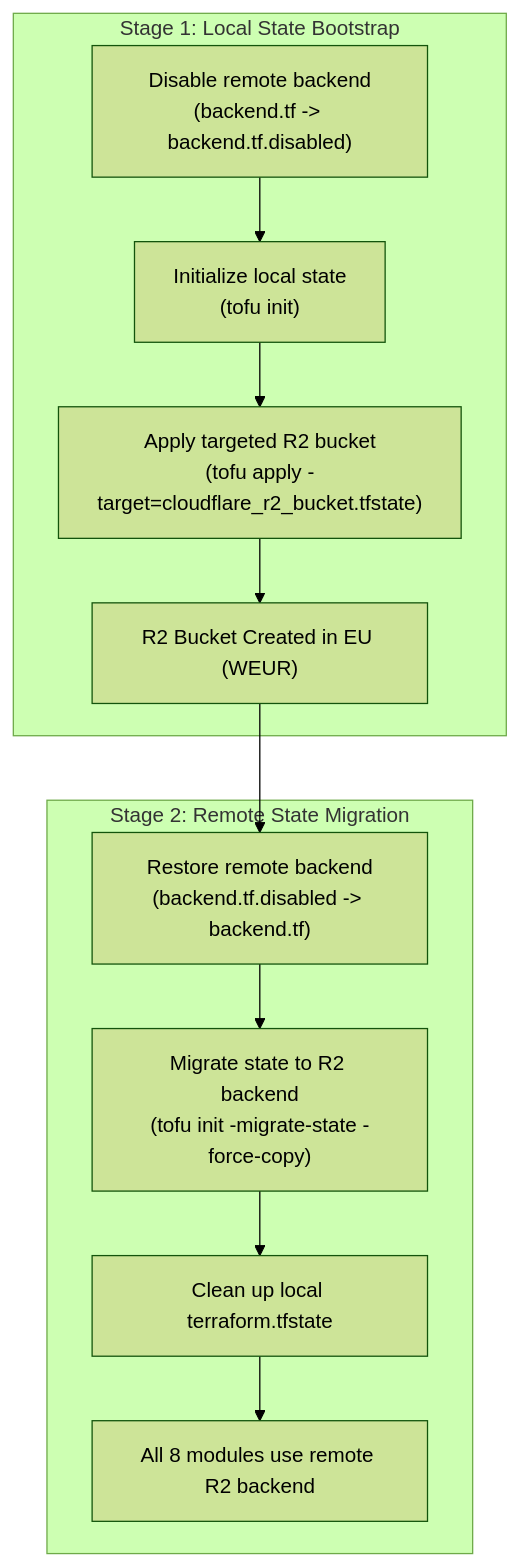
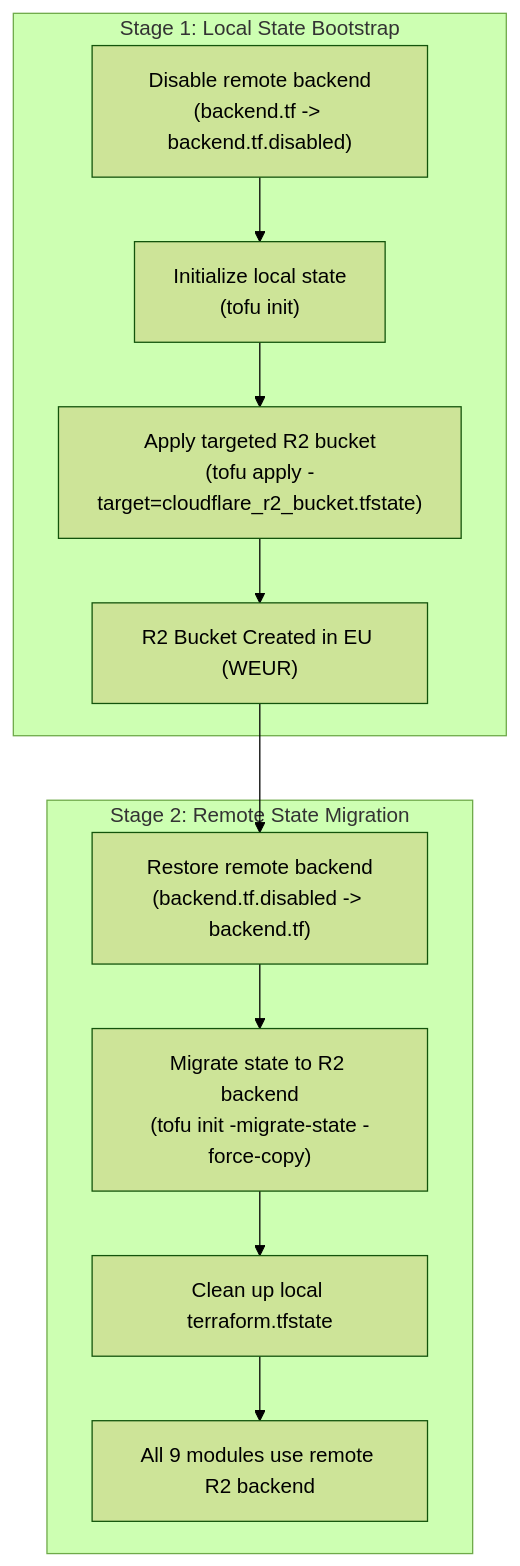
Before and after one commit to busybeaver-homelab/infra: the diagram in infrastructure/README.md, drawn with Mermaid (forest theme). The commit also changed other lines of this file and 42 other files, not shown here.

````diff
--- a/infrastructure/README.md
+++ b/infrastructure/README.md
@@ -39,15 +40,15 @@
 ```mermaid
 flowchart TD
     subgraph Stage1["Stage 1: Local State Bootstrap"]
         A1["Disable remote backend<br/>(backend.tf -> backend.tf.disabled)"] --> B1["Initialize local state<br/>(tofu init)"]
         B1 --> C1["Apply targeted R2 bucket<br/>(tofu apply -target=cloudflare_r2_bucket.tfstate)"]
         C1 --> D1["R2 Bucket Created in EU (WEUR)"]
     end
 
     subgraph Stage2["Stage 2: Remote State Migration"]
         D1 --> A2["Restore remote backend<br/>(backend.tf.disabled -> backend.tf)"]
         A2 --> B2["Migrate state to R2 backend<br/>(tofu init -migrate-state -force-copy)"]
         B2 --> C2["Clean up local terraform.tfstate"]
-        C2 --> D2["All 8 modules use remote R2 backend"]
+        C2 --> D2["All 9 modules use remote R2 backend"]
     end
 ```
````
